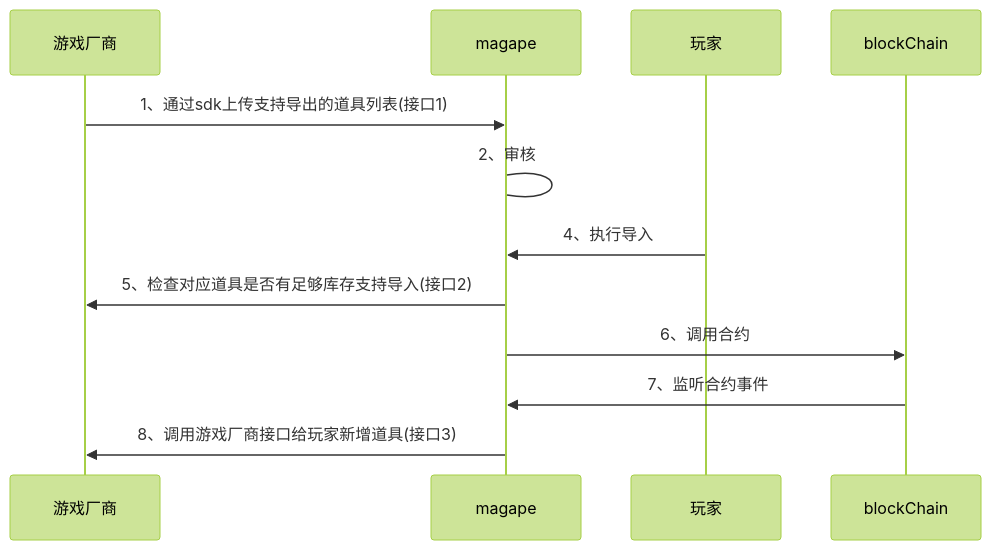
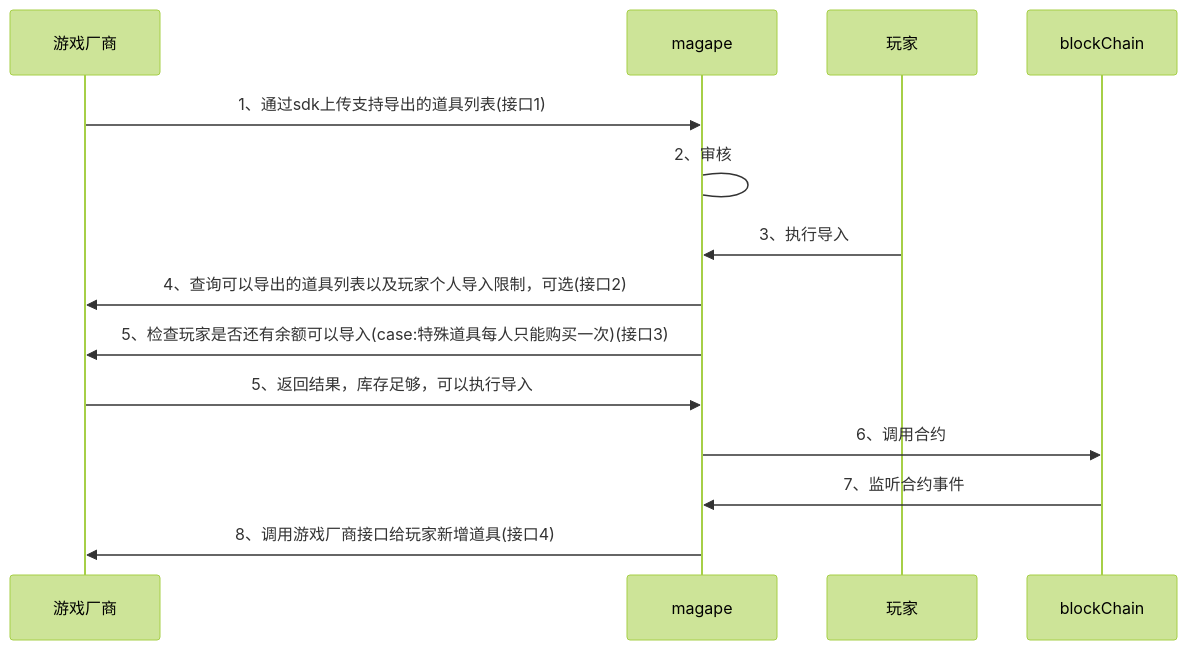
One commit to magape-io/sdk changed the first of 5 diagrams in README_CN.md. Above: the diagram before and after it, drawn with Mermaid (forest theme). The commit also changed other lines of this file, not shown here.

````diff
--- a/README_CN.md
+++ b/README_CN.md
@@ -13,13 +13,15 @@
 ```mermaid
 sequenceDiagram
     participant 游戏厂商
     participant magape
     participant 玩家
     		游戏厂商 ->> magape: 1、通过sdk上传支持导出的道具列表(接口1)
 		magape -> magape: 2、审核
-		玩家 ->> magape: 4、执行导入
-		magape ->> 游戏厂商: 5、检查对应道具是否有足够库存支持导入(接口2)
+		玩家 ->> magape: 3、执行导入
+		magape ->> 游戏厂商: 4、查询可以导出的道具列表以及玩家个人导入限制，可选(接口2)
+		magape ->> 游戏厂商: 5、检查玩家是否还有余额可以导入(case:特殊道具每人只能购买一次)(接口3)
+		游戏厂商 ->> magape: 5、返回结果，库存足够，可以执行导入
 		magape ->> blockChain: 6、调用合约
 		blockChain ->> magape: 7、监听合约事件
-		magape ->> 游戏厂商: 8、调用游戏厂商接口给玩家新增道具(接口3)
+		magape ->> 游戏厂商: 8、调用游戏厂商接口给玩家新增道具(接口4)
 ```
````
